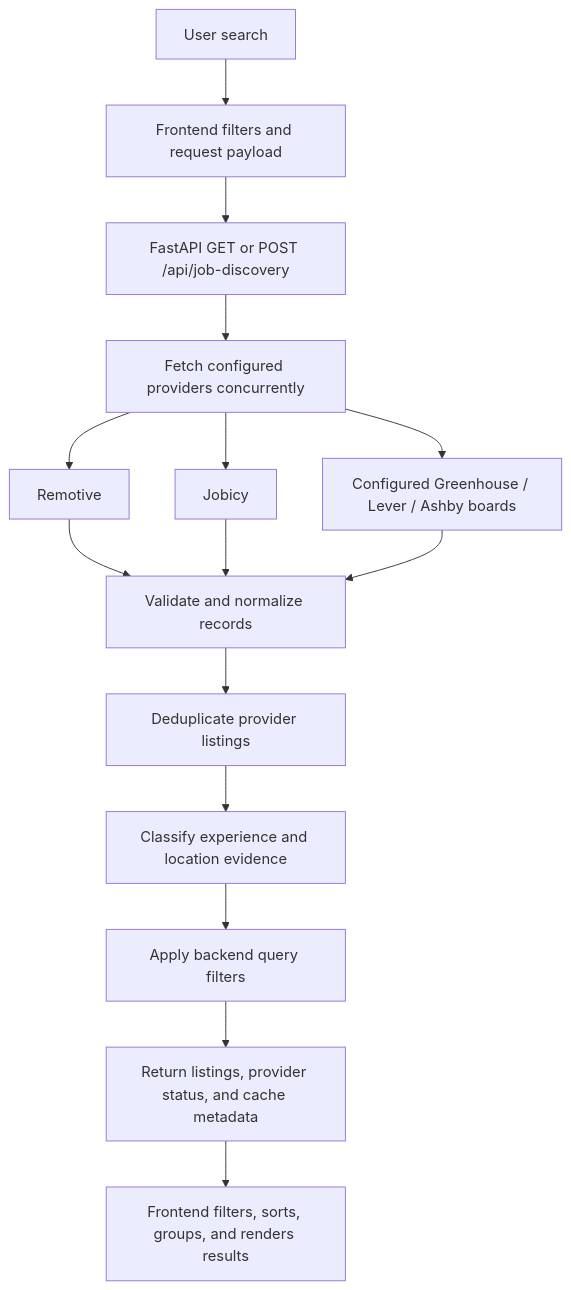
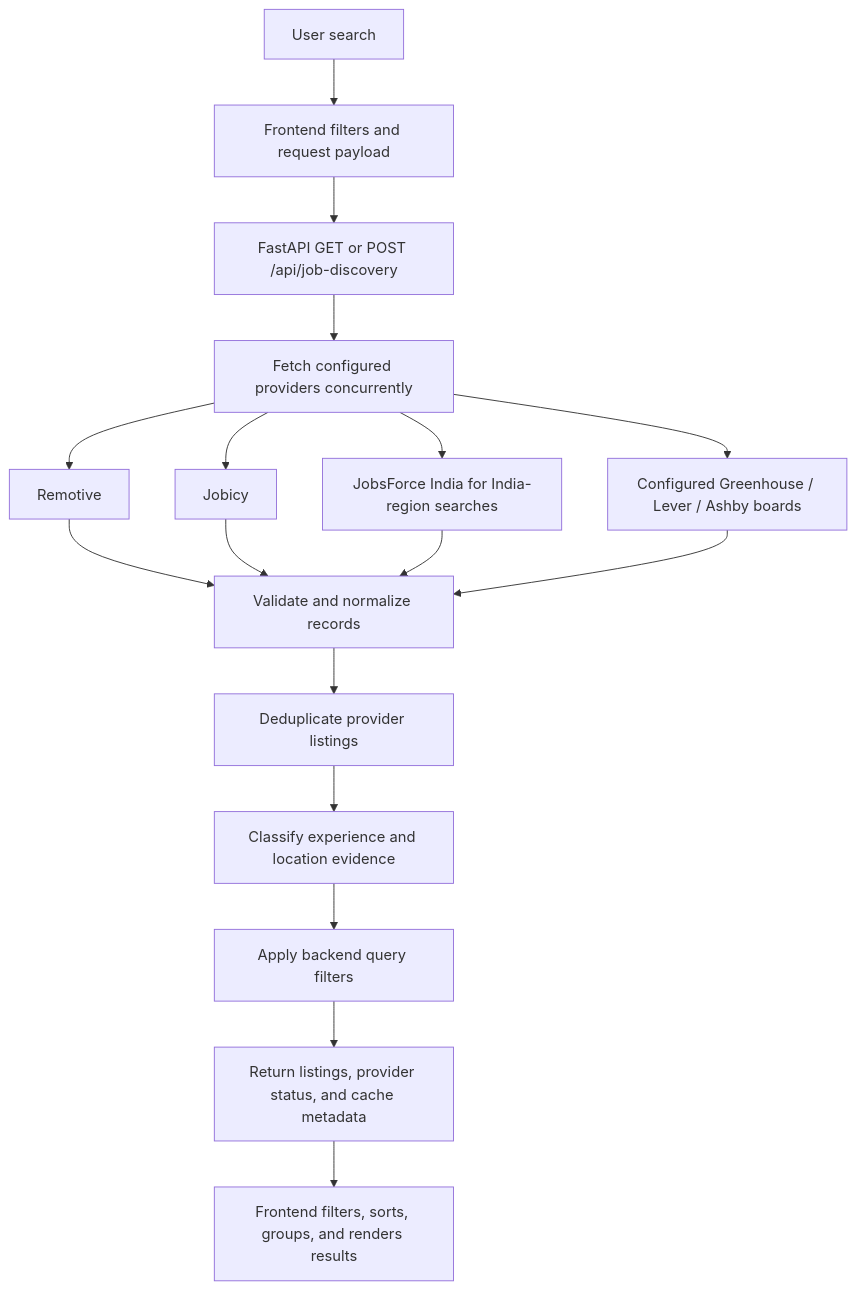
One commit to bhanurgowda12/CareerScout-AI changed the third of 4 diagrams in README.md. Above: the diagram before and after it, drawn with Mermaid. The commit also changed other lines of this file and 6 other files, not shown here.

````diff
--- a/README.md
+++ b/README.md
@@ -433,17 +435,19 @@
 ```mermaid
 flowchart TD
     A["User search"] --> B["Frontend filters and request payload"]
     B --> C["FastAPI GET or POST /api/job-discovery"]
     C --> D["Fetch configured providers concurrently"]
     D --> E["Remotive"]
     D --> F["Jobicy"]
-    D --> G["Configured Greenhouse / Lever / Ashby boards"]
-    E --> H["Validate and normalize records"]
-    F --> H
-    G --> H
-    H --> I["Deduplicate provider listings"]
-    I --> J["Classify experience and location evidence"]
-    J --> K["Apply backend query filters"]
-    K --> L["Return listings, provider status, and cache metadata"]
-    L --> M["Frontend filters, sorts, groups, and renders results"]
+    D --> G["JobsForce India for India-region searches"]
+    D --> H["Configured Greenhouse / Lever / Ashby boards"]
+    E --> I["Validate and normalize records"]
+    F --> I
+    G --> I
+    H --> I
+    I --> J["Deduplicate provider listings"]
+    J --> K["Classify experience and location evidence"]
+    K --> L["Apply backend query filters"]
+    L --> M["Return listings, provider status, and cache metadata"]
+    M --> N["Frontend filters, sorts, groups, and renders results"]
 ```
````
